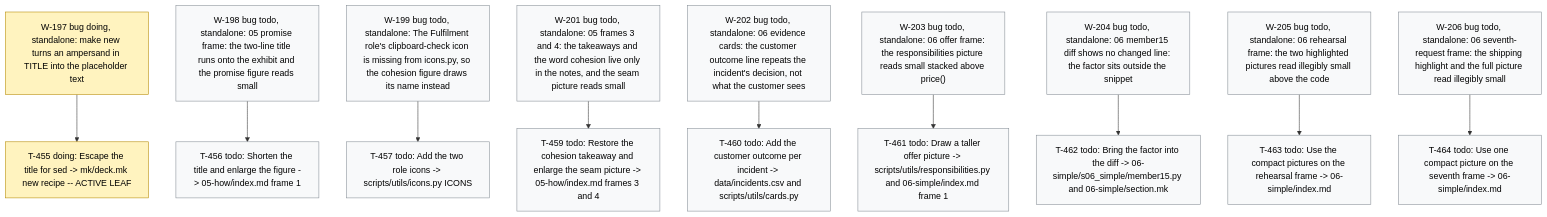
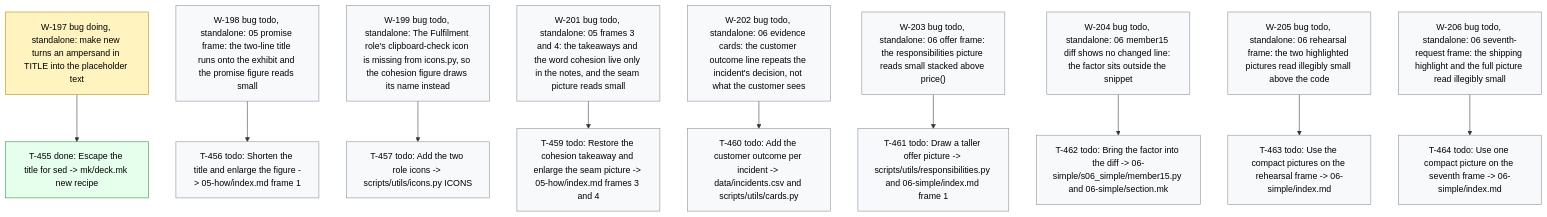
One commit to dpopchev/chaos-to-simple changed the diagram in .board/BOARD.md. Above: the diagram before and after it, drawn with Mermaid. The commit also changed other lines of this file and 1 other file, not shown here.

Commit message:
chore(board): close T-455 -- W-197 ready to land
Refs: W-197 T-455

````diff
--- a/.board/BOARD.md
+++ b/.board/BOARD.md
@@ -1174,28 +1174,29 @@
 ```mermaid
 flowchart TD
   W197["W-197 bug doing, standalone: make new turns an ampersand in TITLE into the placeholder text"]
-  W197 --> T455["T-455 doing: Escape the title for sed -> mk/deck.mk new recipe -- ACTIVE LEAF"]
+  W197 --> T455["T-455 done: Escape the title for sed -> mk/deck.mk new recipe"]
   W198["W-198 bug todo, standalone: 05 promise frame: the two-line title runs onto the exhibit and the promise figure reads small"]
   W198 --> T456["T-456 todo: Shorten the title and enlarge the figure -> 05-how/index.md frame 1"]
   W199["W-199 bug todo, standalone: The Fulfilment role's clipboard-check icon is missing from icons.py, so the cohesion figure draws its name instead"]
   W199 --> T457["T-457 todo: Add the two role icons -> scripts/utils/icons.py ICONS"]
   W201["W-201 bug todo, standalone: 05 frames 3 and 4: the takeaways and the word cohesion live only in the notes, and the seam picture reads small"]
   W201 --> T459["T-459 todo: Restore the cohesion takeaway and enlarge the seam picture -> 05-how/index.md frames 3 and 4"]
   W202["W-202 bug todo, standalone: 06 evidence cards: the customer outcome line repeats the incident's decision, not what the customer sees"]
   W202 --> T460["T-460 todo: Add the customer outcome per incident -> data/incidents.csv and scripts/utils/cards.py"]
   W203["W-203 bug todo, standalone: 06 offer frame: the responsibilities picture reads small stacked above price()"]
   W203 --> T461["T-461 todo: Draw a taller offer picture -> scripts/utils/responsibilities.py and 06-simple/index.md frame 1"]
   W204["W-204 bug todo, standalone: 06 member15 diff shows no changed line: the factor sits outside the snippet"]
   W204 --> T462["T-462 todo: Bring the factor into the diff -> 06-simple/s06_simple/member15.py and 06-simple/section.mk"]
   W205["W-205 bug todo, standalone: 06 rehearsal frame: the two highlighted pictures read illegibly small above the code"]
   W205 --> T463["T-463 todo: Use the compact pictures on the rehearsal frame -> 06-simple/index.md"]
   W206["W-206 bug todo, standalone: 06 seventh-request frame: the shipping highlight and the full picture read illegibly small"]
   W206 --> T464["T-464 todo: Use one compact picture on the seventh frame -> 06-simple/index.md"]
   classDef doing fill:#fff3bf,stroke:#b58900,color:#000;
   classDef blocked fill:#ffe3e3,stroke:#c92a2a,color:#000;
   classDef done fill:#e6ffed,stroke:#2b8a3e,color:#000;
   classDef todo fill:#f8f9fa,stroke:#868e96,color:#000;
   classDef pruned fill:#f1f3f5,stroke:#adb5bd,color:#000;
-  class W197,T455 doing
+  class W197 doing
+  class T455 done
   class W198,T456,W199,T457,W201,T459,W202,T460,W203,T461,W204,T462,W205,T463,W206,T464 todo
 ```
````
